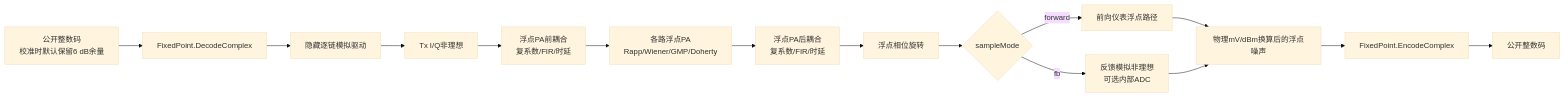
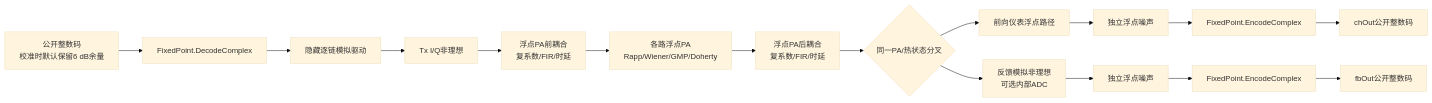
The third of 4 diagrams in doc/FixedPoint.md (niyilu45/DPD_ILC), drawn with Mermaid (base theme) before and after one commit. The commit also changed other lines of this file and 19 other files, not shown here.

````diff
--- a/doc/FixedPoint.md
+++ b/doc/FixedPoint.md
@@ -210,17 +210,18 @@
 ```mermaid
 flowchart LR
     publicInput["公开整数码<br/>校准时默认保留6 dB余量"] --> decode["FixedPoint.DecodeComplex"]
     decode --> analogDrive["隐藏逐链模拟驱动"]
     analogDrive --> txIq["Tx I/Q非理想"]
     txIq --> pre["浮点PA前耦合<br/>复系数/FIR/时延"]
     pre --> pa["各路浮点PA<br/>Rapp/Wiener/GMP/Doherty"]
     pa --> post["浮点PA后耦合<br/>复系数/FIR/时延"]
-    post --> phase["浮点相位旋转"]
-    phase --> mode{"sampleMode"}
-    mode -->|forward| forward["前向仪表浮点路径"]
-    mode -->|fb| fb["反馈模拟非理想<br/>可选内部ADC"]
-    forward --> noise["物理mV/dBm换算后的浮点噪声"]
-    fb --> noise
-    noise --> encode["FixedPoint.EncodeComplex"]
-    encode --> publicOutput["公开整数码"]
+    post --> branch{"同一PA/热状态分叉"}
+    branch --> forward["前向仪表浮点路径"]
+    branch --> fb["反馈模拟非理想<br/>可选内部ADC"]
+    forward --> forwardNoise["独立浮点噪声"]
+    fb --> feedbackNoise["独立浮点噪声"]
+    forwardNoise --> encodeCh["FixedPoint.EncodeComplex"]
+    feedbackNoise --> encodeFb["FixedPoint.EncodeComplex"]
+    encodeCh --> chOut["chOut公开整数码"]
+    encodeFb --> fbOut["fbOut公开整数码"]
 ```
````
